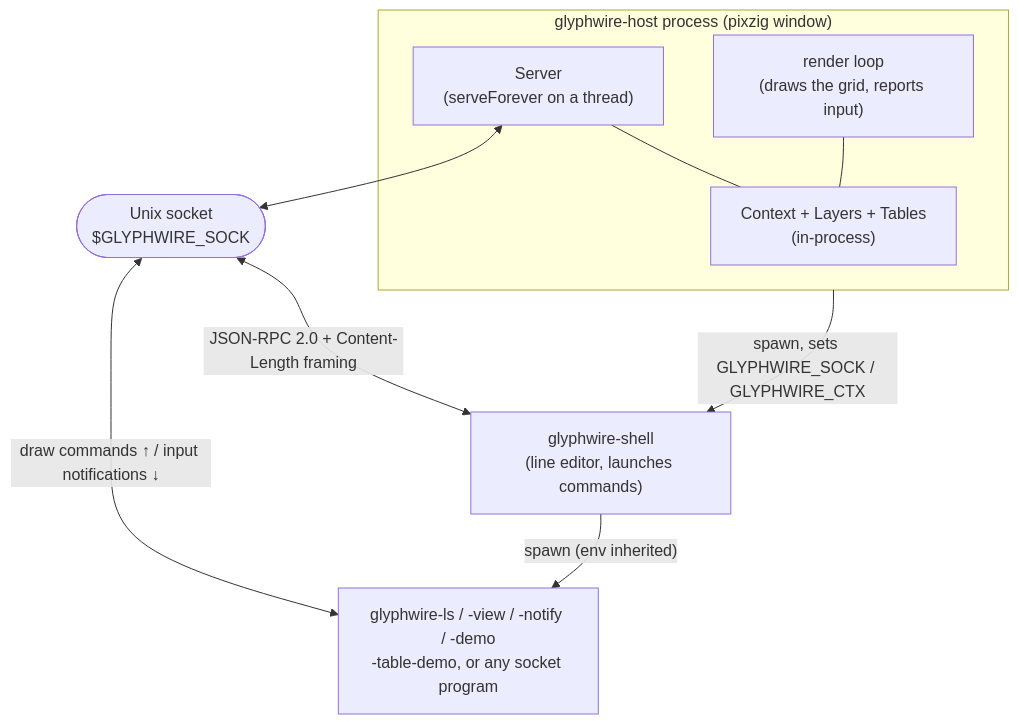
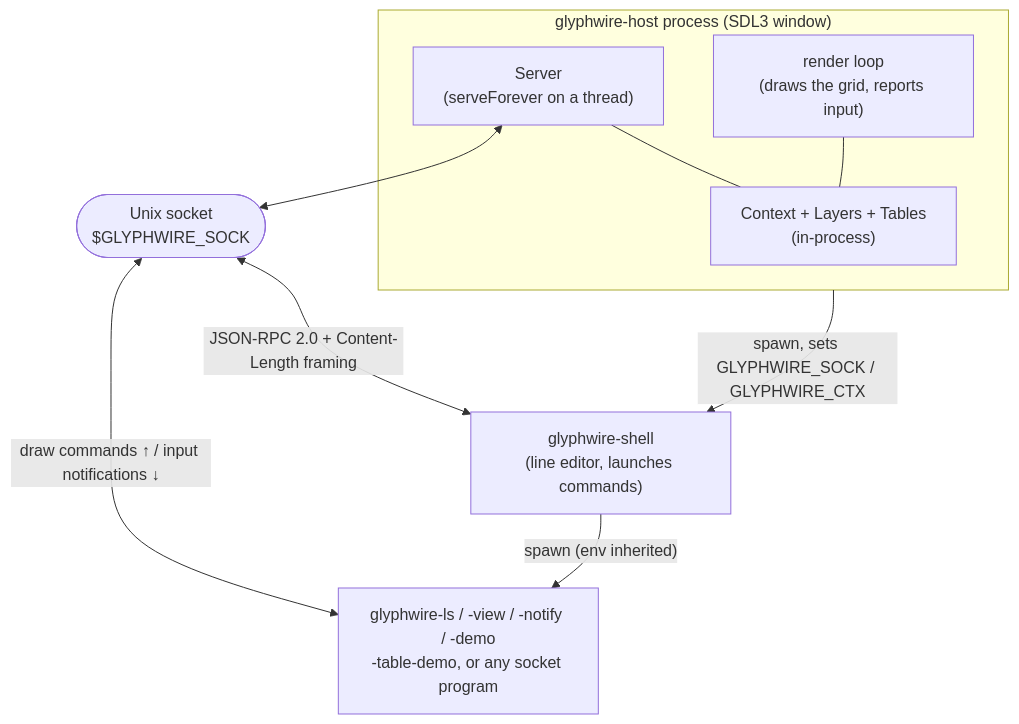
Before and after one commit to srjilarious/glyphwire: the first of 3 diagrams in README.md, drawn with Mermaid. The commit also changed other lines of this file and 52 other files, not shown here.

````diff
--- a/README.md
+++ b/README.md
@@ -57,22 +58,22 @@
 ```mermaid
 flowchart TB
-    subgraph host["glyphwire-host process (pixzig window)"]
+    subgraph host["glyphwire-host process (SDL3 window)"]
         Ctx["Context + Layers + Tables<br/>(in-process)"]
         Srv["Server<br/>(serveForever on a thread)"]
         Render["render loop<br/>(draws the grid, reports input)"]
         Render --- Ctx
         Srv --- Ctx
     end
 
     Sock(["Unix socket<br/>$GLYPHWIRE_SOCK"])
     Srv <--> Sock
 
     Shell["glyphwire-shell<br/>(line editor, launches commands)"]
     Clients["glyphwire-ls / -view / -notify / -demo<br/>-table-demo, or any socket program"]
 
     Sock <-->|"JSON-RPC 2.0 + Content-Length framing"| Shell
     Sock <-->|"draw commands ↑ / input notifications ↓"| Clients
 
     host -->|"spawn, sets GLYPHWIRE_SOCK / GLYPHWIRE_CTX"| Shell
     Shell -->|"spawn (env inherited)"| Clients
 ```
````
